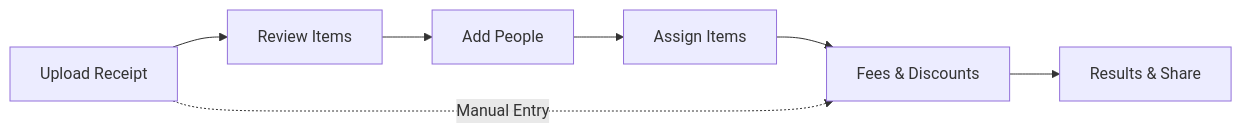
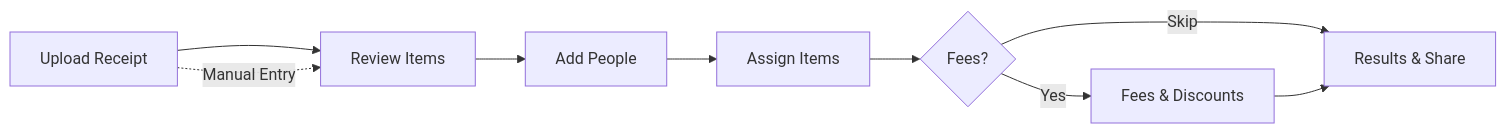
One commit to chrystalio/splitkuy changed the diagram in README.md. Above: the diagram before and after it, drawn with Mermaid.

Commit message:
docs: fix flow diagram to show optional fees and correct manual entry path

````diff
--- a/README.md
+++ b/README.md
@@ -7,9 +7,11 @@
 ```mermaid
 flowchart LR
     A[Upload Receipt] --> B[Review Items]
     B --> C[Add People]
     C --> D[Assign Items]
-    D --> E[Fees & Discounts]
-    E --> F[Results & Share]
-    A -.->|Manual Entry| E
+    D --> E{Fees?}
+    E -->|Yes| F[Fees & Discounts]
+    E -->|Skip| G[Results & Share]
+    F --> G
+    A -.->|Manual Entry| B
 ```
````
